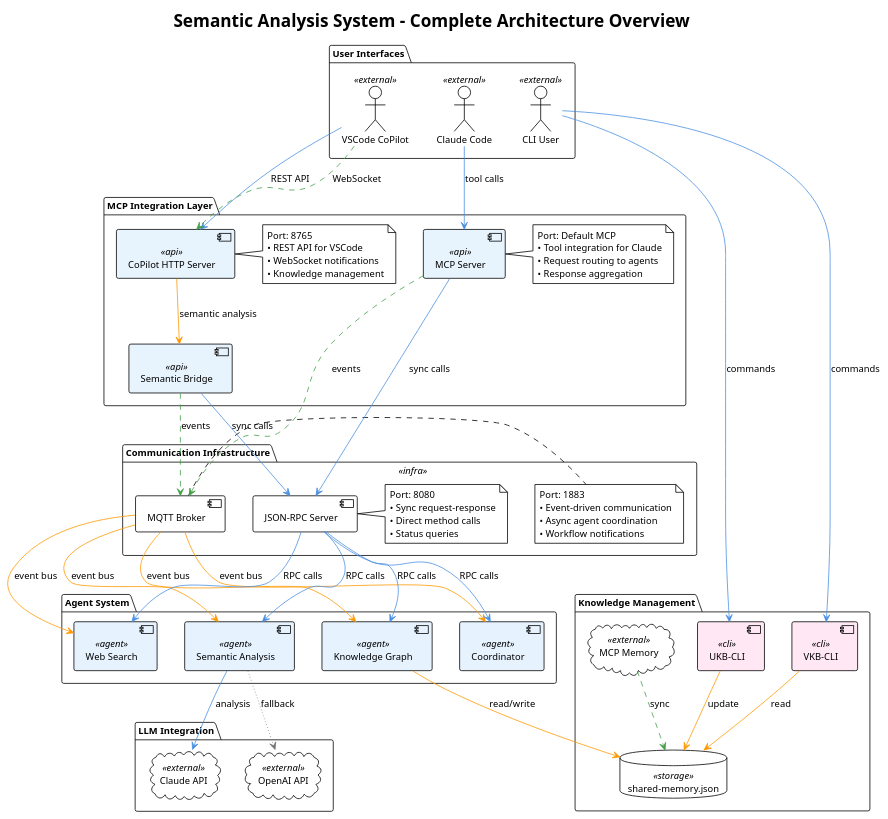
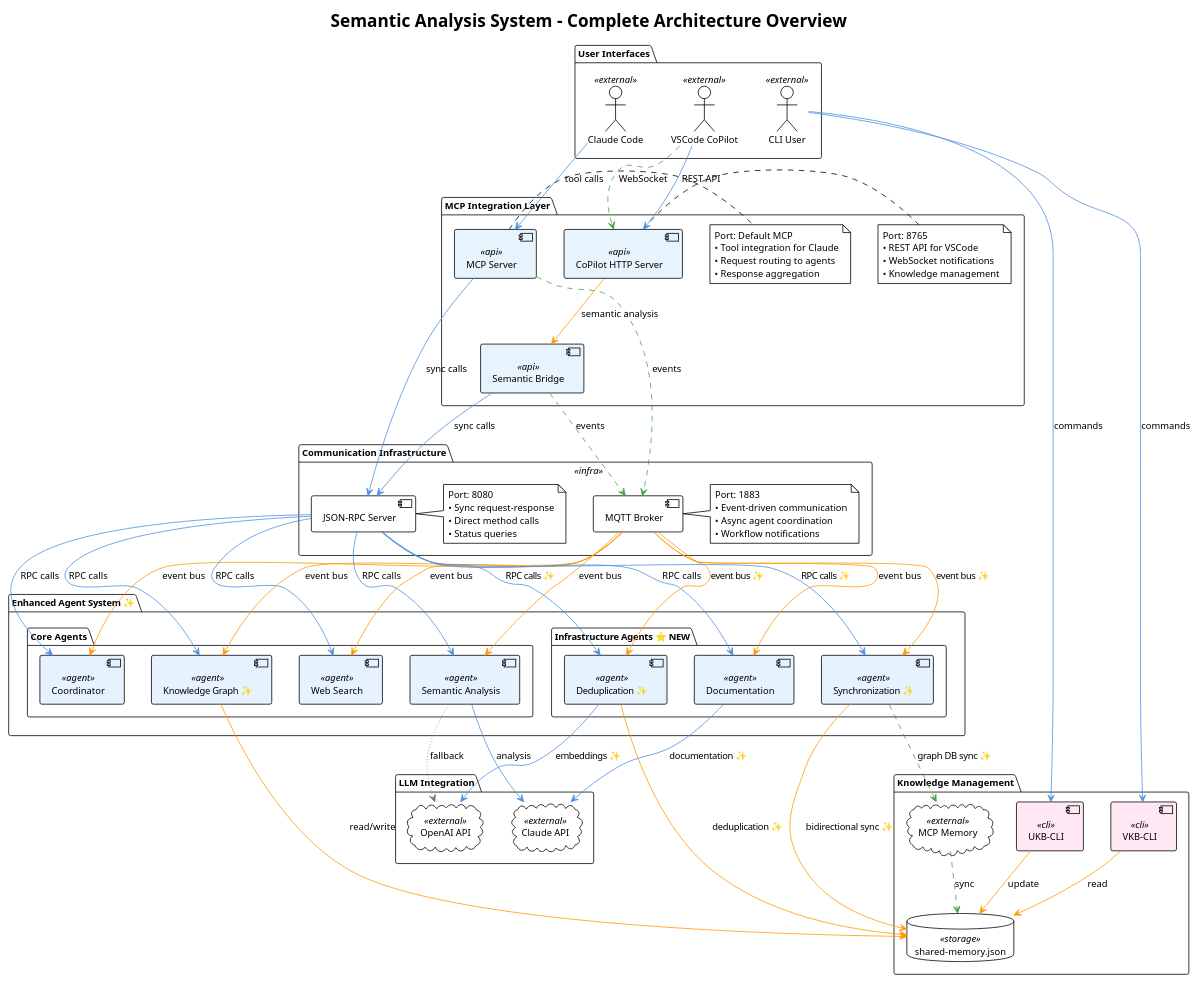
One commit to fwornle/coding changed the diagram in docs/puml/semantic-analysis-system-overview.puml. Above: the diagram before and after it, drawn with PlantUML. The commit also changed 11 other files, not shown here.

```diff
--- a/docs/puml/semantic-analysis-system-overview.puml
+++ b/docs/puml/semantic-analysis-system-overview.puml
@@ -1,119 +1,138 @@
 @startuml semantic-analysis-system-overview
 !theme plain
 skinparam backgroundColor white
 skinparam defaultFontName Arial
 skinparam defaultFontSize 12
 
 title Semantic Analysis System - Complete Architecture Overview
 
 skinparam component {
   BackgroundColor<<api>> #E8F4FD
   BackgroundColor<<agent>> #E6F3FF
   BackgroundColor<<infra>> #FFF2E6
   BackgroundColor<<cli>> #FFE8F4
   BackgroundColor<<storage>> #FFF9E6
   BackgroundColor<<external>> #F5F5F5
   FontSize 12
   FontColor #000000
 }
 
 package "User Interfaces" {
   actor "Claude Code" as Claude <<external>>
   actor "VSCode CoPilot" as VSCode <<external>>
   actor "CLI User" as CLIUser <<external>>
 }
 
 package "MCP Integration Layer" {
   component [MCP Server] as MCP <<api>>
   component [Semantic Bridge] as Bridge <<api>>
   component [CoPilot HTTP Server] as HTTP <<api>>
   
   note right of MCP
     Port: Default MCP
     • Tool integration for Claude
     • Request routing to agents
     • Response aggregation
   end note
   
   note right of HTTP
     Port: 8765
     • REST API for VSCode
     • WebSocket notifications
     • Knowledge management
   end note
 }
 
 package "Communication Infrastructure" <<infra>> {
   component [MQTT Broker] as MQTT
   component [JSON-RPC Server] as RPC
   
   note right of MQTT
     Port: 1883
     • Event-driven communication
     • Async agent coordination
     • Workflow notifications
   end note
   
   note right of RPC
     Port: 8080
     • Sync request-response
     • Direct method calls
     • Status queries
   end note
 }
 
-package "Agent System" {
-  component [Semantic Analysis] as SemanticAgent <<agent>>
-  component [Web Search] as WebAgent <<agent>>
-  component [Knowledge Graph] as KnowledgeAgent <<agent>>
-  component [Coordinator] as CoordinatorAgent <<agent>>
+package "Enhanced Agent System ✨" {
+  package "Core Agents" {
+    component [Semantic Analysis] as SemanticAgent <<agent>>
+    component [Web Search] as WebAgent <<agent>>
+    component [Knowledge Graph ✨] as KnowledgeAgent <<agent>>
+    component [Coordinator] as CoordinatorAgent <<agent>>
+  }
+  
+  package "Infrastructure Agents ⭐ NEW" {
+    component [Synchronization ✨] as SyncAgent <<agent>>
+    component [Deduplication ✨] as DedupAgent <<agent>>
+    component [Documentation] as DocAgent <<agent>>
+  }
 }
 
 package "Knowledge Management" {
   component [UKB-CLI] as UKB <<cli>>
   component [VKB-CLI] as VKB <<cli>>
   database "shared-memory.json" as SharedMemory <<storage>>
   cloud "MCP Memory" as MCPMemory <<external>>
 }
 
 package "LLM Integration" {
   cloud "Claude API" as ClaudeAPI <<external>>
   cloud "OpenAI API" as OpenAIAPI <<external>>
 }
 
 ' User connections
 Claude -[#4A90E2]-> MCP : tool calls
 VSCode -[#4A90E2]-> HTTP : REST API
 VSCode -[#43A047,dashed]-> HTTP : WebSocket
 CLIUser -[#4A90E2]-> UKB : commands
 CLIUser -[#4A90E2]-> VKB : commands
 
 ' MCP layer connections
 MCP -[#43A047,dashed]-> MQTT : events
 MCP -[#4A90E2]-> RPC : sync calls
 Bridge -[#43A047,dashed]-> MQTT : events
 Bridge -[#4A90E2]-> RPC : sync calls
 HTTP -[#FF9800]-> Bridge : semantic analysis
 
-' Agent connections
+' Enhanced agent connections
 MQTT -[#FF9800]-> SemanticAgent : event bus
 MQTT -[#FF9800]-> WebAgent : event bus
 MQTT -[#FF9800]-> KnowledgeAgent : event bus
 MQTT -[#FF9800]-> CoordinatorAgent : event bus
+MQTT -[#FF9800]-> SyncAgent : event bus ✨
+MQTT -[#FF9800]-> DedupAgent : event bus ✨
+MQTT -[#FF9800]-> DocAgent : event bus
 
 RPC -[#4A90E2]-> SemanticAgent : RPC calls
 RPC -[#4A90E2]-> WebAgent : RPC calls
 RPC -[#4A90E2]-> KnowledgeAgent : RPC calls
 RPC -[#4A90E2]-> CoordinatorAgent : RPC calls
+RPC -[#4A90E2]-> SyncAgent : RPC calls ✨
+RPC -[#4A90E2]-> DedupAgent : RPC calls ✨
+RPC -[#4A90E2]-> DocAgent : RPC calls
 
-' Knowledge connections
+' Enhanced knowledge connections
 KnowledgeAgent -[#FF9800]-> SharedMemory : read/write
+SyncAgent -[#FF9800]-> SharedMemory : bidirectional sync ✨
+DedupAgent -[#FF9800]-> SharedMemory : deduplication ✨
 UKB -[#FF9800]-> SharedMemory : update
 VKB -[#FF9800]-> SharedMemory : read
 MCPMemory -[#43A047,dashed]-> SharedMemory : sync
+SyncAgent -[#43A047,dashed]-> MCPMemory : graph DB sync ✨
 
-' LLM connections
+' Enhanced LLM connections
 SemanticAgent -[#4A90E2]-> ClaudeAPI : analysis
 SemanticAgent -[#757575,dotted]-> OpenAIAPI : fallback
+DedupAgent -[#4A90E2]-> OpenAIAPI : embeddings ✨
+DocAgent -[#4A90E2]-> ClaudeAPI : documentation ✨
 
 @enduml
```
